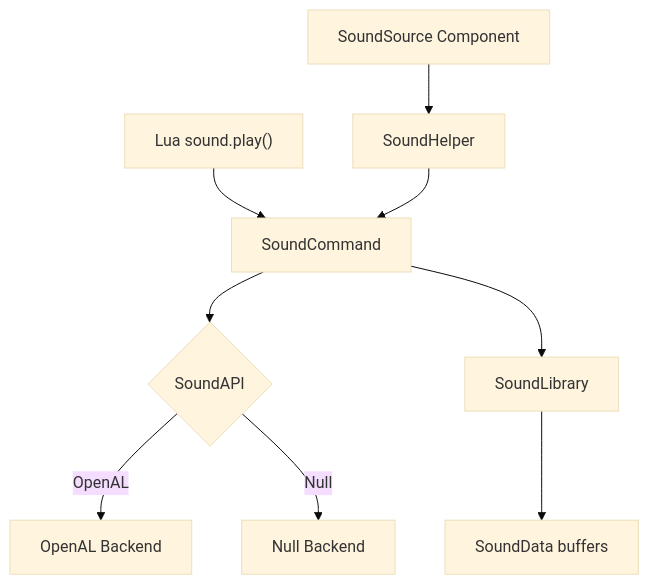
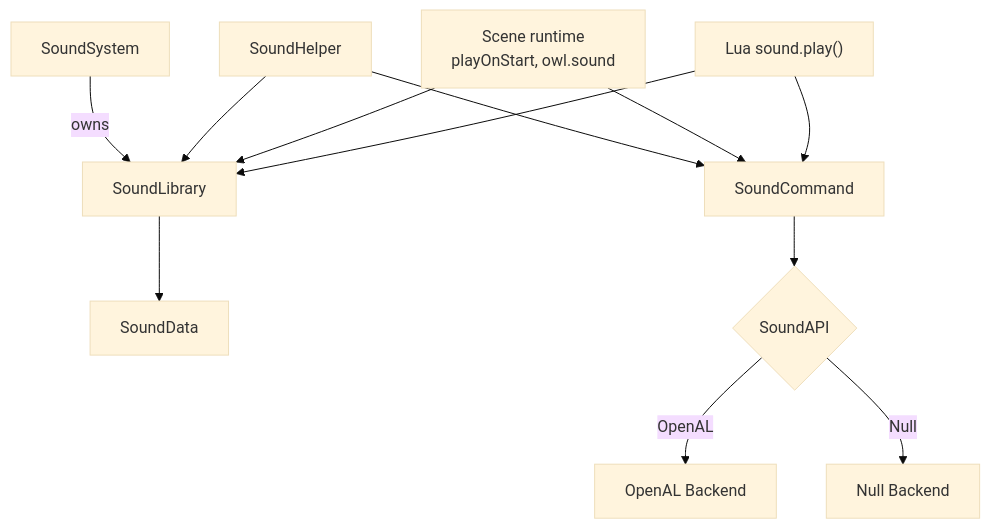
The first of 2 diagrams in doc/pages/sound.md (Silmaen/Owl), drawn with Mermaid (base theme) before and after one commit. The commit also changed other lines of this file and 401 other files, not shown here.

First line of the commit message:
Redraw the outdated architecture diagrams as mermaid and spread two-w… (#325)

````diff
--- a/doc/pages/sound.md
+++ b/doc/pages/sound.md
@@ -18,11 +16,14 @@
 ```mermaid
 flowchart TD
     Lua["Lua sound.play()"] --> SC[SoundCommand]
-    SS[SoundSource Component] --> SH[SoundHelper]
-    SH --> SC
+    Scene["Scene runtime<br/>playOnStart, owl.sound"] --> SC
+    SH[SoundHelper] --> SC
+    Lua --> SL[SoundLibrary]
+    Scene --> SL
+    SH --> SL
+    SY[SoundSystem] -->|owns| SL
+    SL --> SD[SoundData]
     SC --> API{SoundAPI}
     API -->|OpenAL| OAL[OpenAL Backend]
     API -->|Null| NUL[Null Backend]
-    SC --> SL[SoundLibrary]
-    SL --> SD[SoundData buffers]
 ```
````
